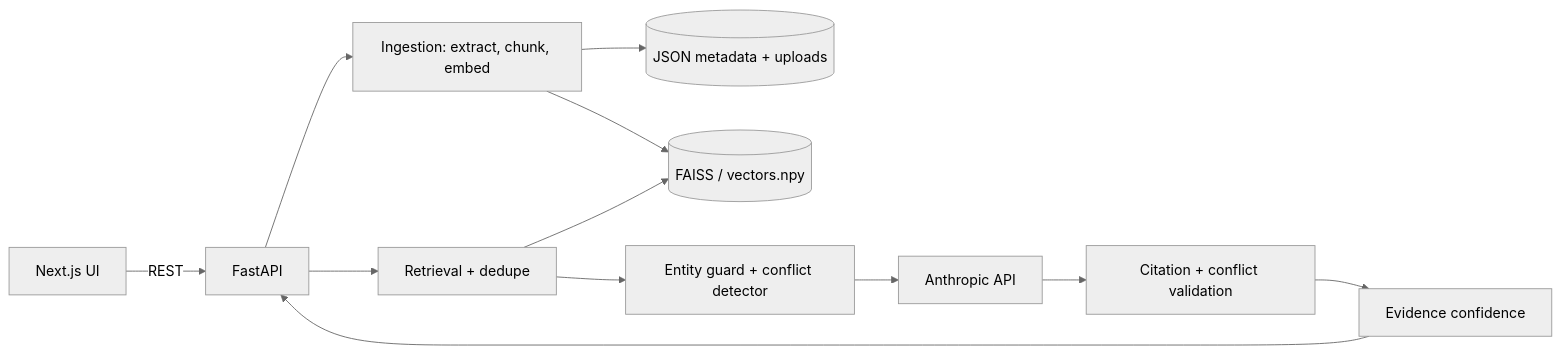
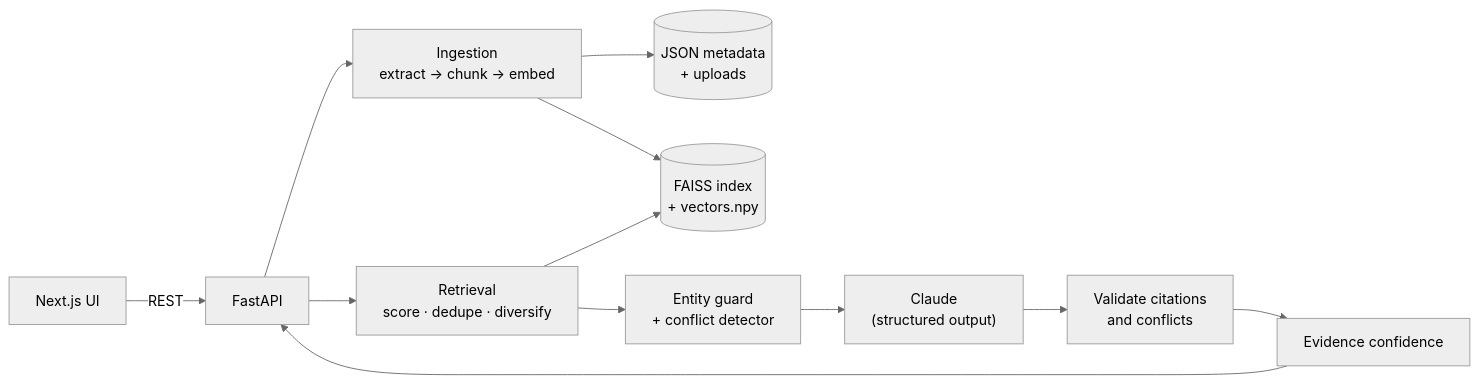
One commit to tb9591803659-tech/Docusense changed the diagram in README.md. Above: the diagram before and after it, drawn with Mermaid (neutral theme). The commit also changed other lines of this file, not shown here.

````diff
--- a/README.md
+++ b/README.md
@@ -21,14 +59,14 @@
 ```mermaid
 flowchart LR
-  UI[Next.js UI] -->|REST| API[FastAPI]
-  API --> ING[Ingestion: extract, chunk, embed]
-  ING --> ST[(JSON metadata + uploads)]
-  ING --> IDX[(FAISS / vectors.npy)]
-  API --> RET[Retrieval + dedupe]
+  UI["Next.js UI"] -->|REST| API["FastAPI"]
+  API --> ING["Ingestion<br/>extract → chunk → embed"]
+  ING --> STORE[("JSON metadata<br/>+ uploads")]
+  ING --> IDX[("FAISS index<br/>+ vectors.npy")]
+  API --> RET["Retrieval<br/>score · dedupe · diversify"]
   RET --> IDX
-  RET --> GUARD[Entity guard + conflict detector]
-  GUARD --> LLM[Anthropic API]
-  LLM --> VAL[Citation + conflict validation]
-  VAL --> CONF[Evidence confidence]
+  RET --> GUARD["Entity guard<br/>+ conflict detector"]
+  GUARD --> LLM["Claude<br/>(structured output)"]
+  LLM --> VAL["Validate citations<br/>and conflicts"]
+  VAL --> CONF["Evidence confidence"]
   CONF --> API
 ```
````
